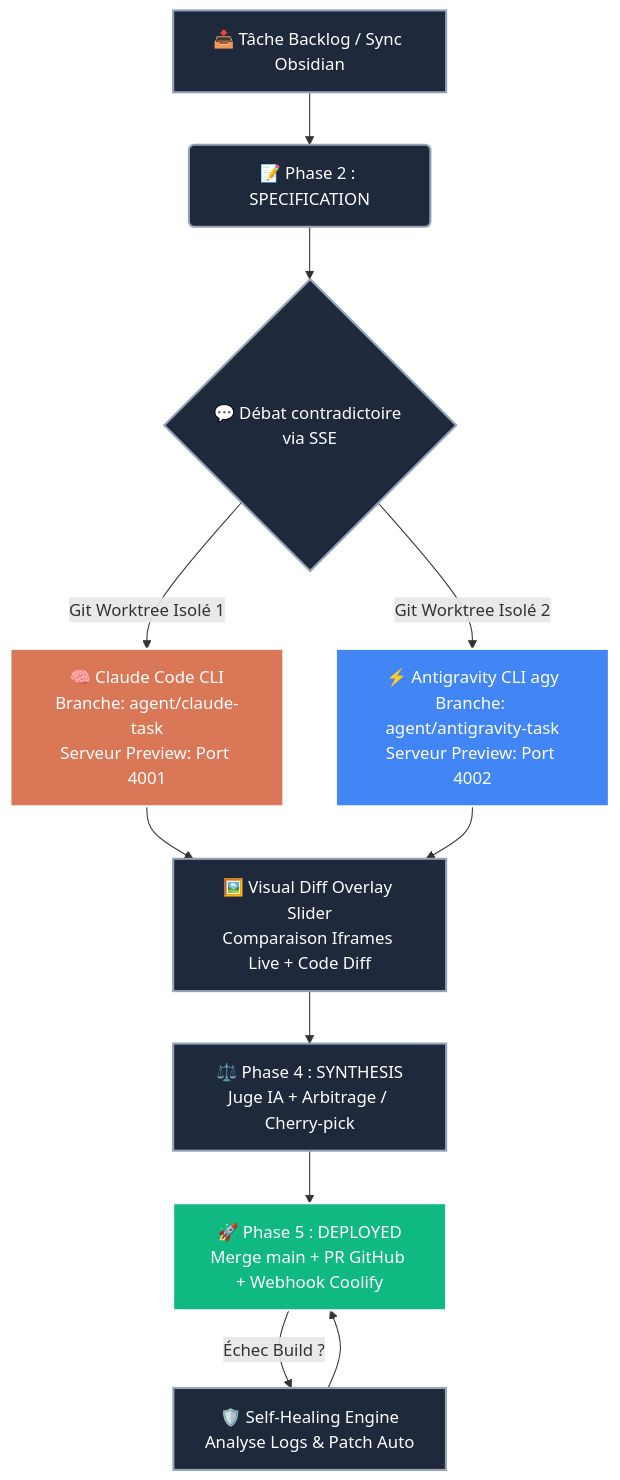
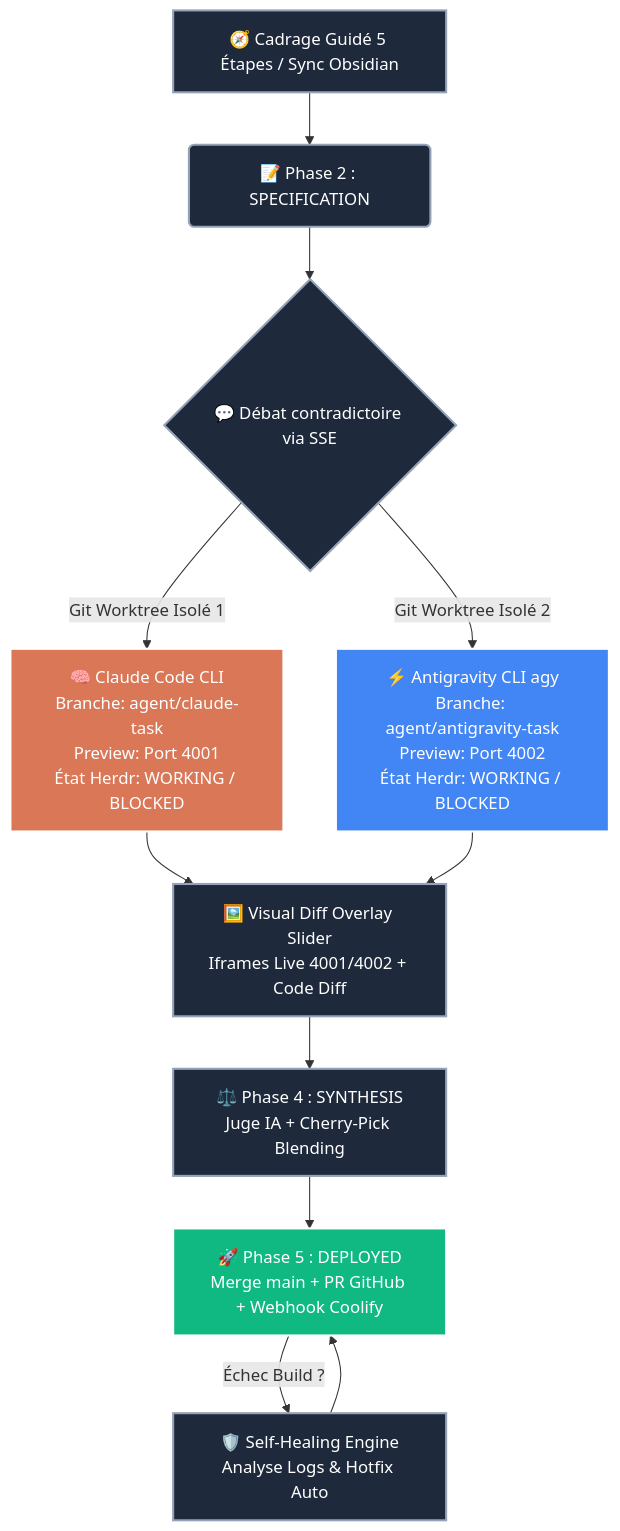
One commit to anotsu/vibeflow-studio changed the diagram in obsidian-vault/VibeFlow/00_Cockpit_VibeFlow.md. Above: the diagram before and after it, drawn with Mermaid. The commit also changed other lines of this file and 9 other files, not shown here.

Commit message:
docs(obsidian): synchronize all architecture notes, cockpit MOC, blueprints and real-time auto-sync hooks

````diff
--- a/obsidian-vault/VibeFlow/00_Cockpit_VibeFlow.md
+++ b/obsidian-vault/VibeFlow/00_Cockpit_VibeFlow.md
@@ -29,21 +31,21 @@
 ```mermaid
 graph TD
     classDef claude fill:#d97757,stroke:#fff,stroke-width:2px,color:#fff;
     classDef agy fill:#4285f4,stroke:#fff,stroke-width:2px,color:#fff;
     classDef core fill:#1e293b,stroke:#94a3b8,stroke-width:2px,color:#fff;
     classDef win fill:#10b981,stroke:#fff,stroke-width:2px,color:#fff;
 
-    A[📥 Tâche Backlog / Sync Obsidian]:::core --> B(📝 Phase 2 : SPECIFICATION):::core
+    A[🧭 Cadrage Guidé 5 Étapes / Sync Obsidian]:::core --> B(📝 Phase 2 : SPECIFICATION):::core
     B --> C{💬 Débat contradictoire via SSE}:::core
     
-    C -->|Git Worktree Isolé 1| D[🧠 Claude Code CLI<br/>Branche: agent/claude-task<br/>Serveur Preview: Port 4001]:::claude
-    C -->|Git Worktree Isolé 2| E[⚡ Antigravity CLI agy<br/>Branche: agent/antigravity-task<br/>Serveur Preview: Port 4002]:::agy
+    C -->|Git Worktree Isolé 1| D[🧠 Claude Code CLI<br/>Branche: agent/claude-task<br/>Preview: Port 4001<br/>État Herdr: WORKING / BLOCKED]:::claude
+    C -->|Git Worktree Isolé 2| E[⚡ Antigravity CLI agy<br/>Branche: agent/antigravity-task<br/>Preview: Port 4002<br/>État Herdr: WORKING / BLOCKED]:::agy
 
-    D --> F[🖼️ Visual Diff Overlay Slider<br/>Comparaison Iframes Live + Code Diff]:::core
+    D --> F[🖼️ Visual Diff Overlay Slider<br/>Iframes Live 4001/4002 + Code Diff]:::core
     E --> F
 
-    F --> G[⚖️ Phase 4 : SYNTHESIS<br/>Juge IA + Arbitrage / Cherry-pick]:::core
+    F --> G[⚖️ Phase 4 : SYNTHESIS<br/>Juge IA + Cherry-Pick Blending]:::core
     G --> H[🚀 Phase 5 : DEPLOYED<br/>Merge main + PR GitHub + Webhook Coolify]:::win
-    H -->|Échec Build ?| I[🛡️ Self-Healing Engine<br/>Analyse Logs & Patch Auto]:::core
+    H -->|Échec Build ?| I[🛡️ Self-Healing Engine<br/>Analyse Logs & Hotfix Auto]:::core
     I --> H
 ```
````
